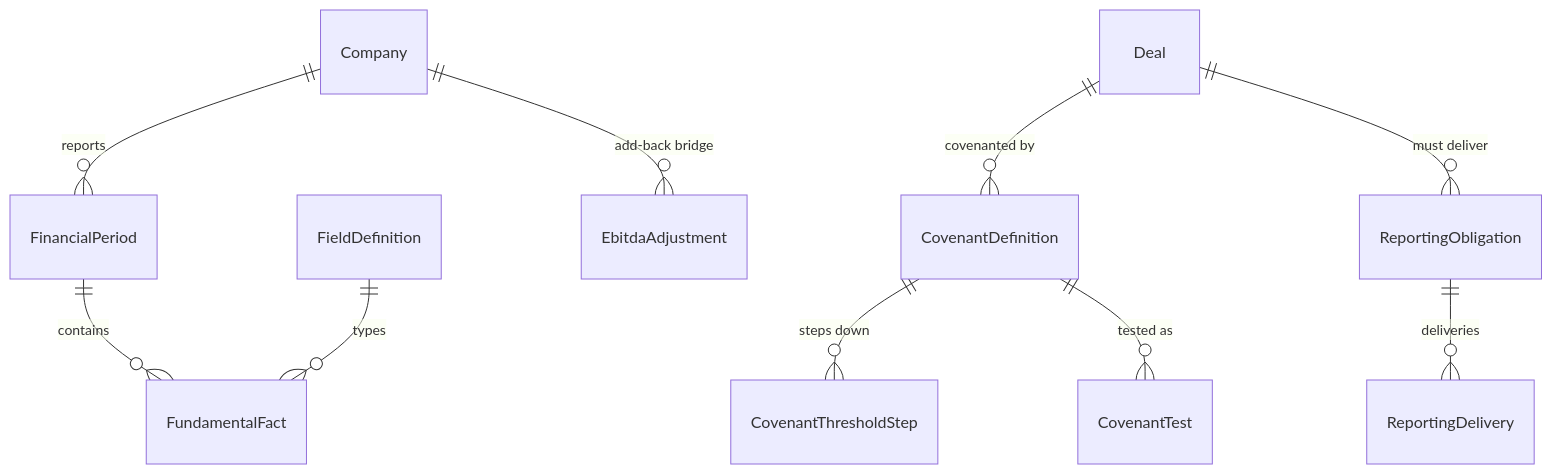
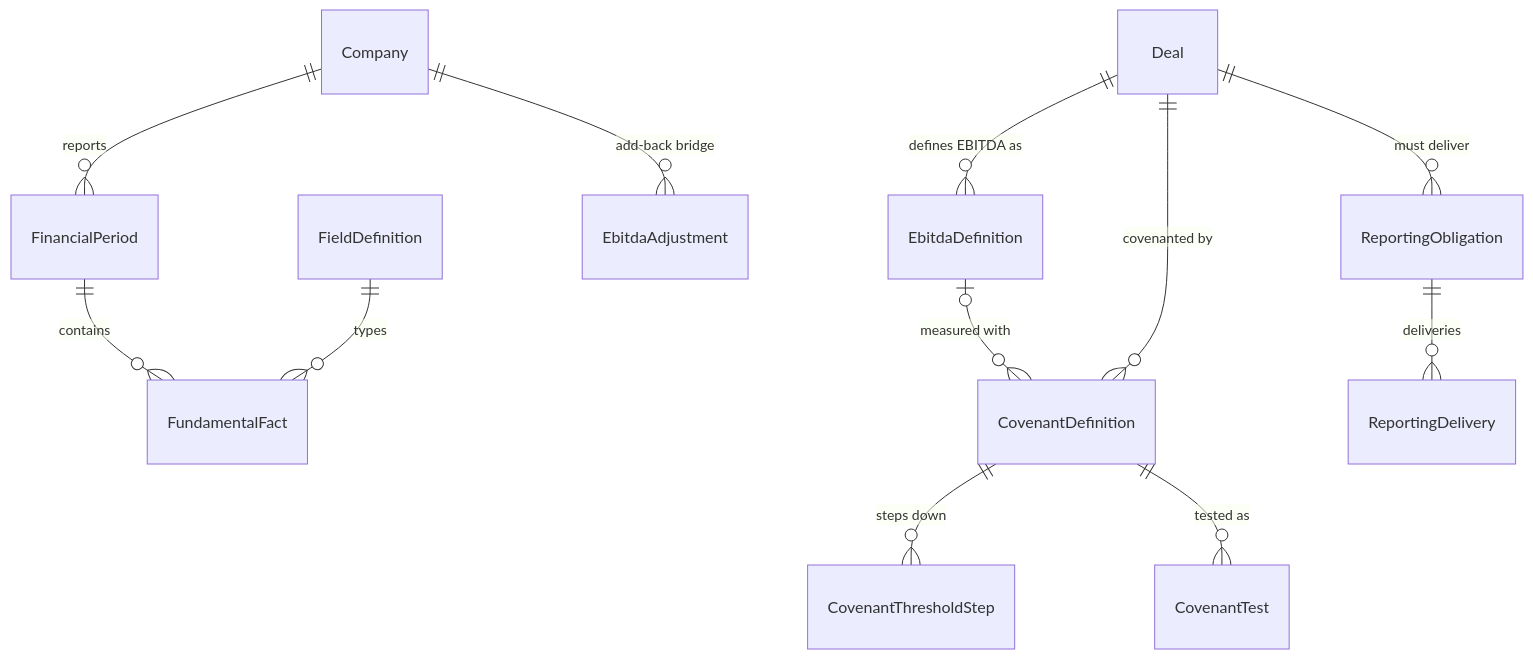
One commit to nighthawk6389/pvt-credit-poc changed the fifth of 7 diagrams in docs/data-model/README.md. Above: the diagram before and after it, drawn with Mermaid. The commit also changed other lines of this file and 7 other files, not shown here.

````diff
--- a/docs/data-model/README.md
+++ b/docs/data-model/README.md
@@ -204,12 +206,14 @@
 ```mermaid
 erDiagram
   Company ||--o{ FinancialPeriod : "reports"
   FinancialPeriod ||--o{ FundamentalFact : "contains"
   FieldDefinition ||--o{ FundamentalFact : "types"
   Company ||--o{ EbitdaAdjustment : "add-back bridge"
+  Deal ||--o{ EbitdaDefinition : "defines EBITDA as"
+  EbitdaDefinition |o--o{ CovenantDefinition : "measured with"
   Deal ||--o{ CovenantDefinition : "covenanted by"
   CovenantDefinition ||--o{ CovenantThresholdStep : "steps down"
   CovenantDefinition ||--o{ CovenantTest : "tested as"
   Deal ||--o{ ReportingObligation : "must deliver"
   ReportingObligation ||--o{ ReportingDelivery : "deliveries"
 ```
````
